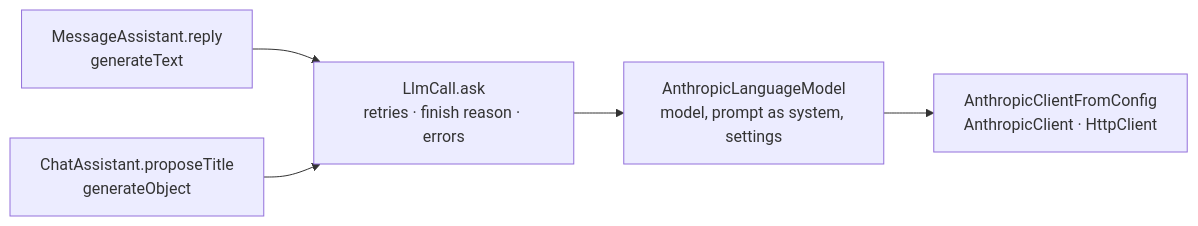
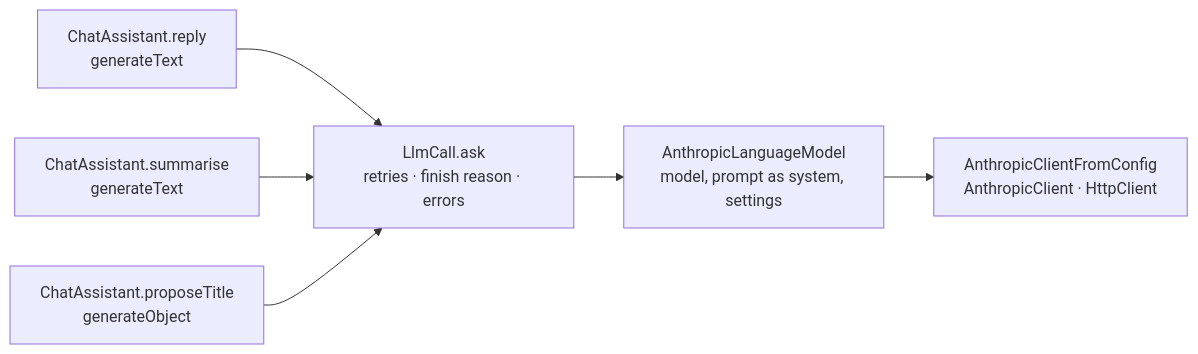
The diagram in docs/knowledge/ai.md (khotei/app-template), drawn with Mermaid before and after one commit. The commit also changed other lines of this file and 30 other files, not shown here.

````diff
--- a/docs/knowledge/ai.md
+++ b/docs/knowledge/ai.md
@@ -22,7 +23,8 @@
 ```mermaid
 graph LR
-  M["MessageAssistant.reply<br/>generateText"] --> R["LlmCall.ask<br/>retries · finish reason · errors"]
+  M["ChatAssistant.reply<br/>generateText"] --> R["LlmCall.ask<br/>retries · finish reason · errors"]
+  S["ChatAssistant.summarise<br/>generateText"] --> R
   T["ChatAssistant.proposeTitle<br/>generateObject"] --> R
   R --> A["AnthropicLanguageModel<br/>model, prompt as system, settings"]
   A --> K["AnthropicClientFromConfig<br/>AnthropicClient · HttpClient"]
 ```
````
